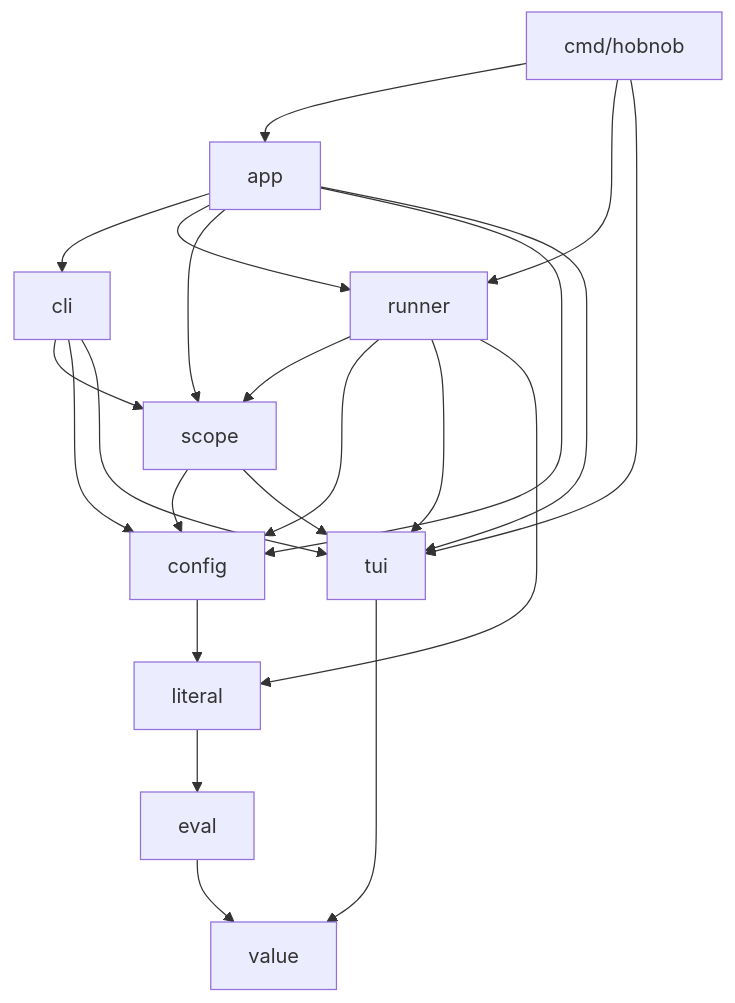
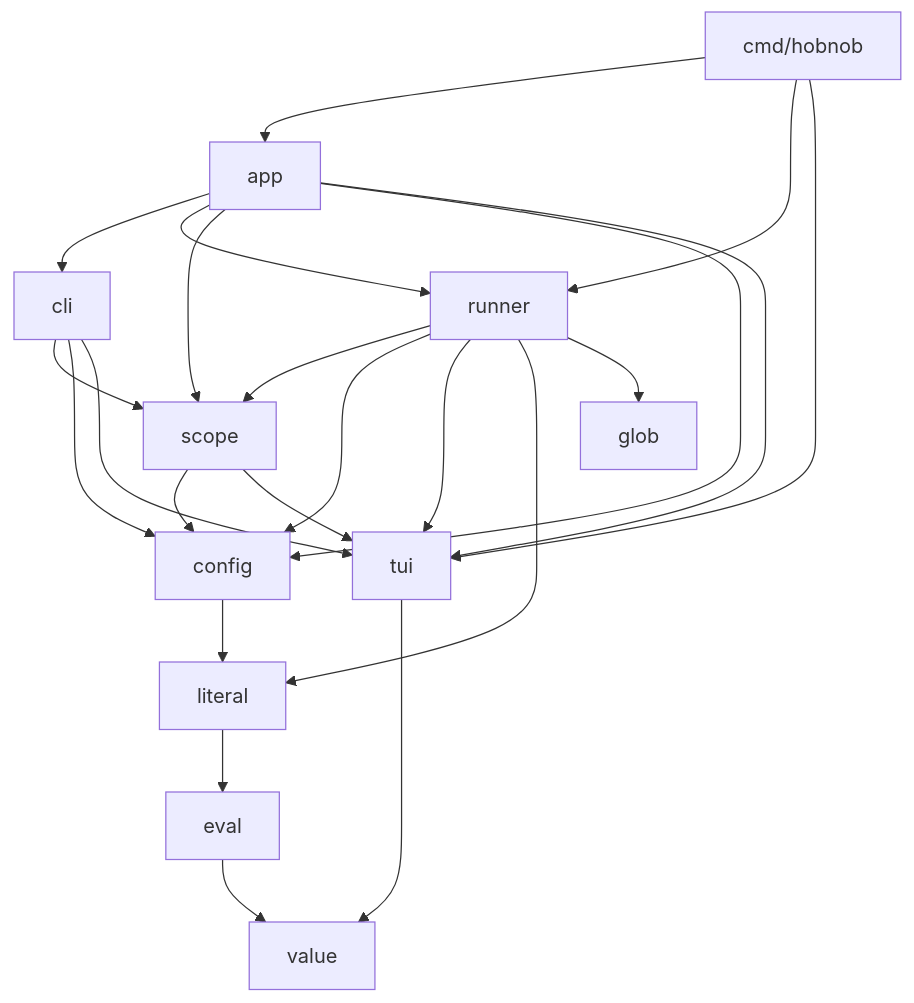
Before and after one commit to JakesMD/hobnob: the first of 7 diagrams in ARCHITECTURE.md, drawn with Mermaid. The commit also changed other lines of this file and 2 other files, not shown here.

Commit message:
Fix glob package, Bind fromCLI and go.mod housekeeping in docs and module, reword mutation line 4

````diff
--- a/ARCHITECTURE.md
+++ b/ARCHITECTURE.md
@@ -88,24 +89,25 @@
 ```mermaid
 flowchart TD
     cmd[cmd/hobnob] --> app
     cmd --> runner
     cmd --> tui
     app --> cli
     app --> runner
     app --> scope
     app --> config
     app --> tui
     cli --> scope
     cli --> config
     cli --> tui
     runner --> scope
     runner --> config
     runner --> tui
     runner --> literal
+    runner --> glob
     scope --> config
     scope --> tui
     config --> literal
     literal --> eval
     eval --> value
     tui --> value
 ```
````
